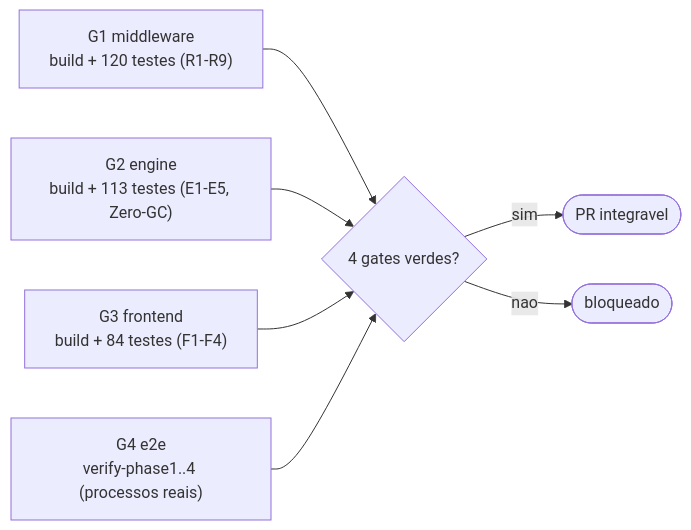
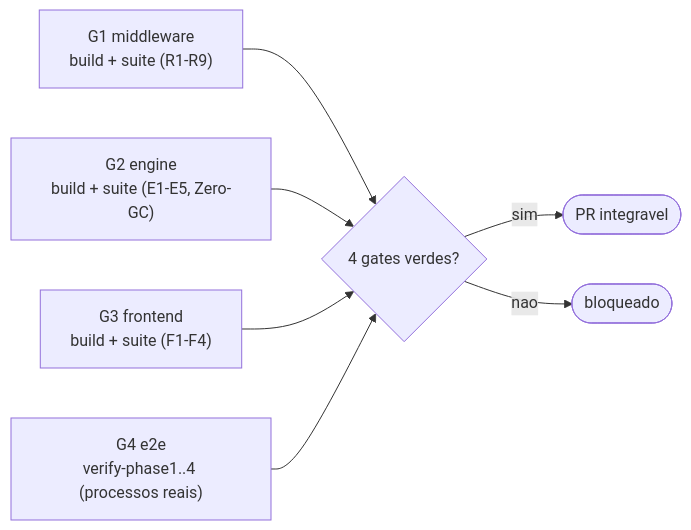
One commit to flaviotinococoutinho/Gridsmith changed the fifth of 5 diagrams in docs/GOVERNANCE.md. Above: the diagram before and after it, drawn with Mermaid. The commit also changed other lines of this file and 7 other files, not shown here.

````diff
--- a/docs/GOVERNANCE.md
+++ b/docs/GOVERNANCE.md
@@ -218,9 +218,9 @@
 ```mermaid
 graph LR
-  G1["G1 middleware<br/>build + 120 testes (R1-R9)"] --> J{"4 gates verdes?"}
-  G2["G2 engine<br/>build + 113 testes (E1-E5, Zero-GC)"] --> J
-  G3["G3 frontend<br/>build + 84 testes (F1-F4)"] --> J
+  G1["G1 middleware<br/>build + suite (R1-R9)"] --> J{"4 gates verdes?"}
+  G2["G2 engine<br/>build + suite (E1-E5, Zero-GC)"] --> J
+  G3["G3 frontend<br/>build + suite (F1-F4)"] --> J
   G4["G4 e2e<br/>verify-phase1..4 (processos reais)"] --> J
   J -->|"sim"| OK(["PR integravel"])
   J -->|"nao"| NO(["bloqueado"])
 ```
````
